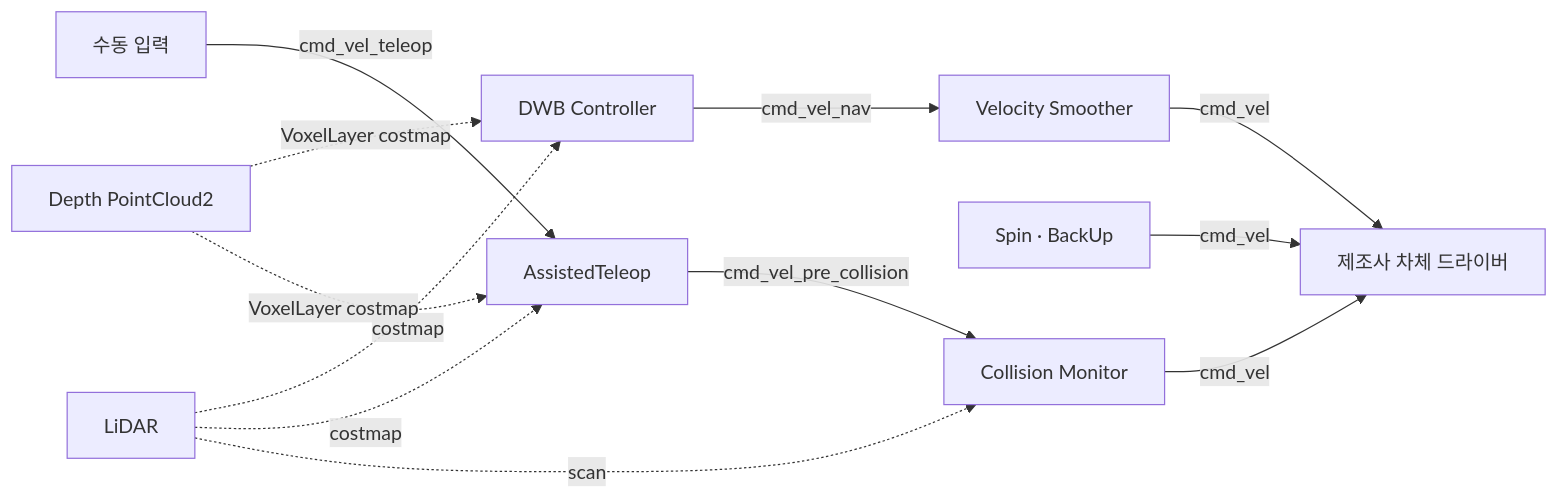
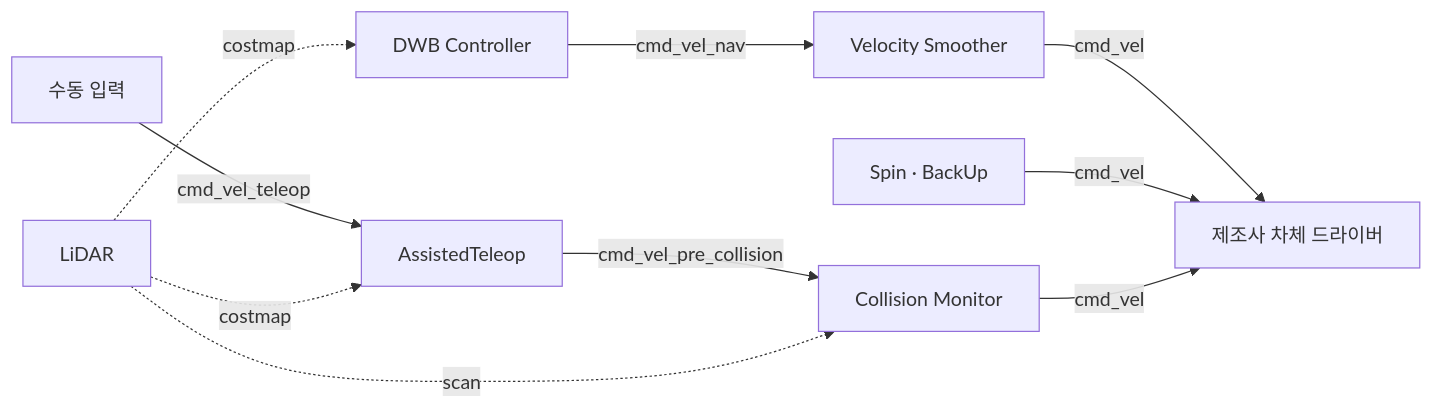
One commit to SWM-malbut/malbut changed the fourth of 4 diagrams in malbut_bringup/README.md. Above: the diagram before and after it, drawn with Mermaid. The commit also changed other lines of this file and 15 other files, not shown here.

````diff
--- a/malbut_bringup/README.md
+++ b/malbut_bringup/README.md
@@ -155,14 +155,12 @@
 ```mermaid
 flowchart LR
     D["DWB Controller"] -->|cmd_vel_nav| V["Velocity Smoother"]
     V -->|cmd_vel| R["제조사 차체 드라이버"]
     B["Spin · BackUp"] -->|cmd_vel| R
     I["수동 입력"] -->|cmd_vel_teleop| T["AssistedTeleop"]
     T -->|cmd_vel_pre_collision| C["Collision Monitor"]
     C -->|cmd_vel| R
     L["LiDAR"] -.->|costmap| D
     L -.->|costmap| T
     L -.->|scan| C
-    P["Depth PointCloud2"] -.->|VoxelLayer costmap| D
-    P -.->|VoxelLayer costmap| T
 ```
````
